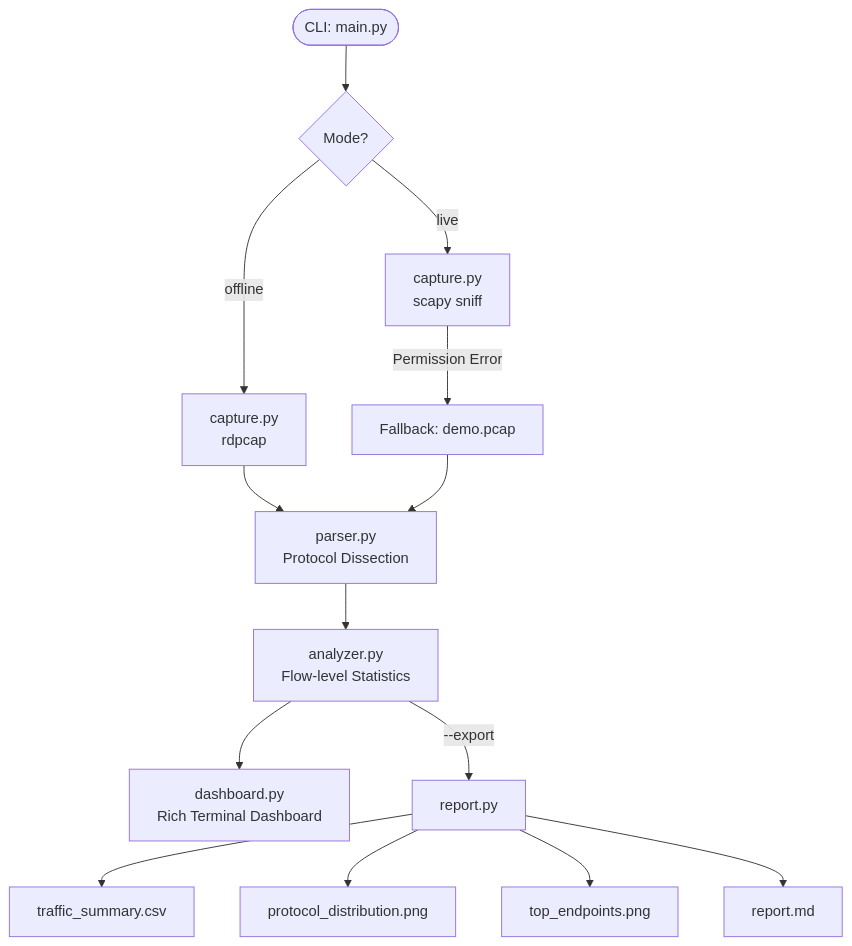
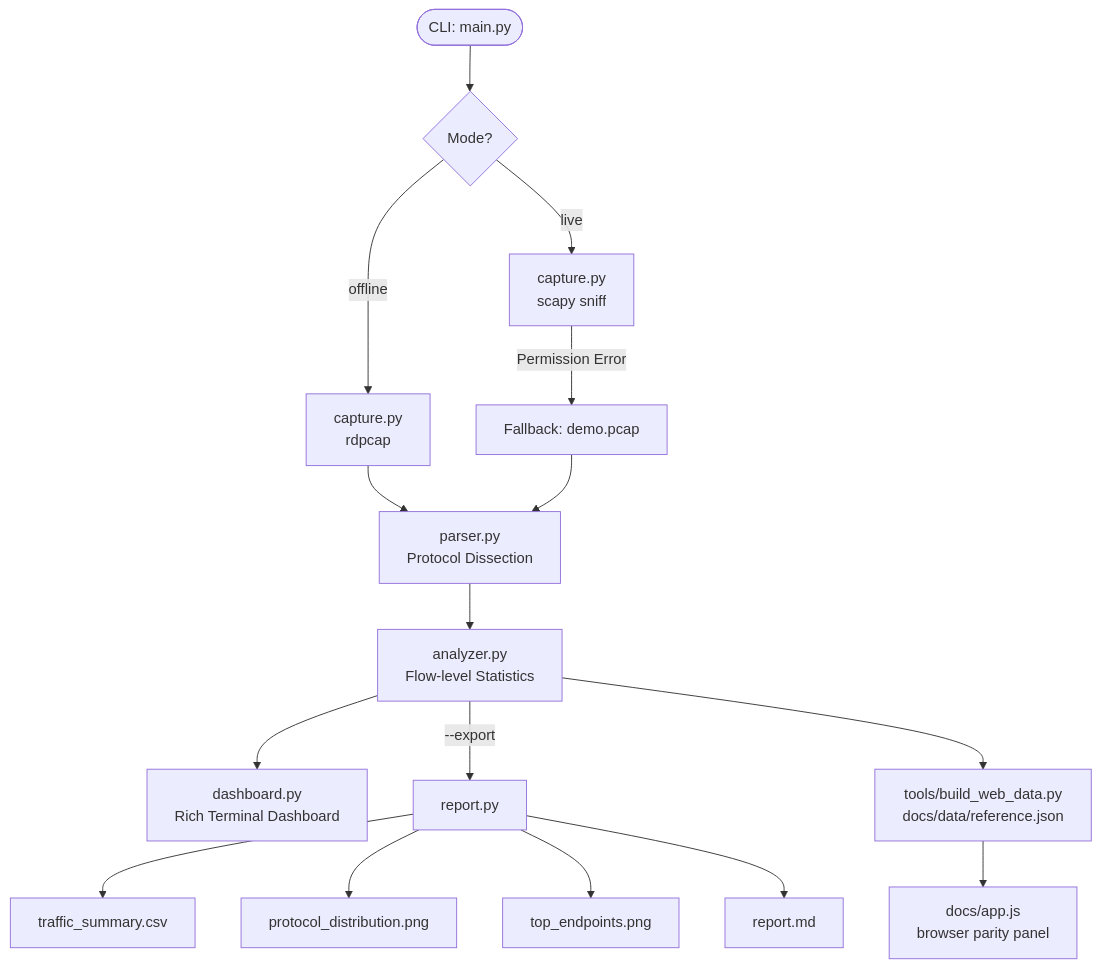
One commit to TeWei02/Real-time-Packet-Monitoring-and-Traffic-Statistics-System changed the diagram in README.md. Above: the diagram before and after it, drawn with Mermaid. The commit also changed other lines of this file and 29 other files, not shown here.

````diff
--- a/README.md
+++ b/README.md
@@ -126,16 +173,18 @@
 ```mermaid
 flowchart TD
     A([CLI: main.py]) --> B{Mode?}
     B -->|offline| C[capture.py\nrdpcap]
     B -->|live| D[capture.py\nscapy sniff]
     D -->|Permission Error| E[Fallback: demo.pcap]
     C --> F[parser.py\nProtocol Dissection]
     E --> F
     F --> G[analyzer.py\nFlow-level Statistics]
     G --> H[dashboard.py\nRich Terminal Dashboard]
     G -->|--export| I[report.py]
     I --> J[traffic_summary.csv]
     I --> K[protocol_distribution.png]
     I --> L[top_endpoints.png]
     I --> M[report.md]
+    G --> N[tools/build_web_data.py\ndocs/data/reference.json]
+    N --> O[docs/app.js\nbrowser parity panel]
 ```
````
